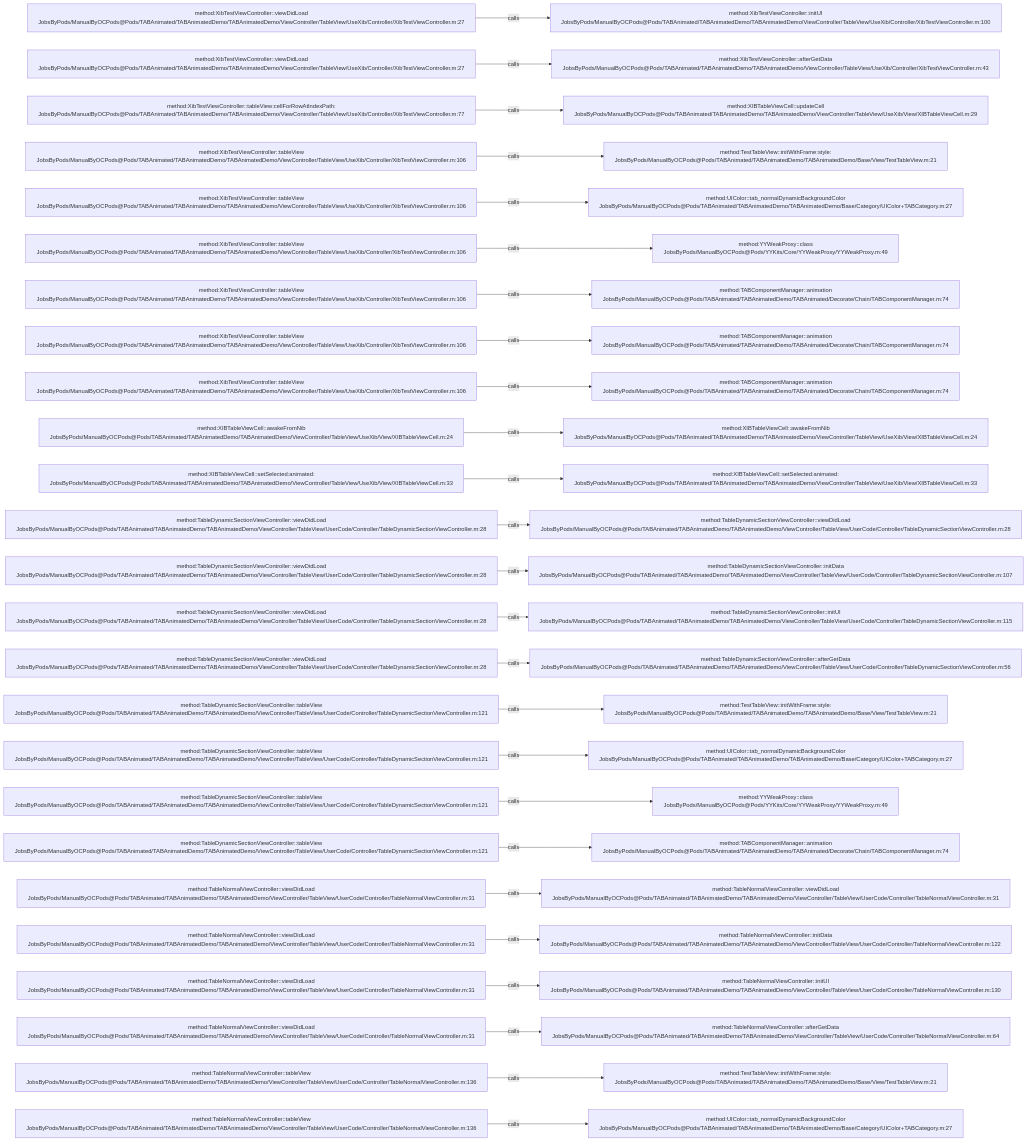
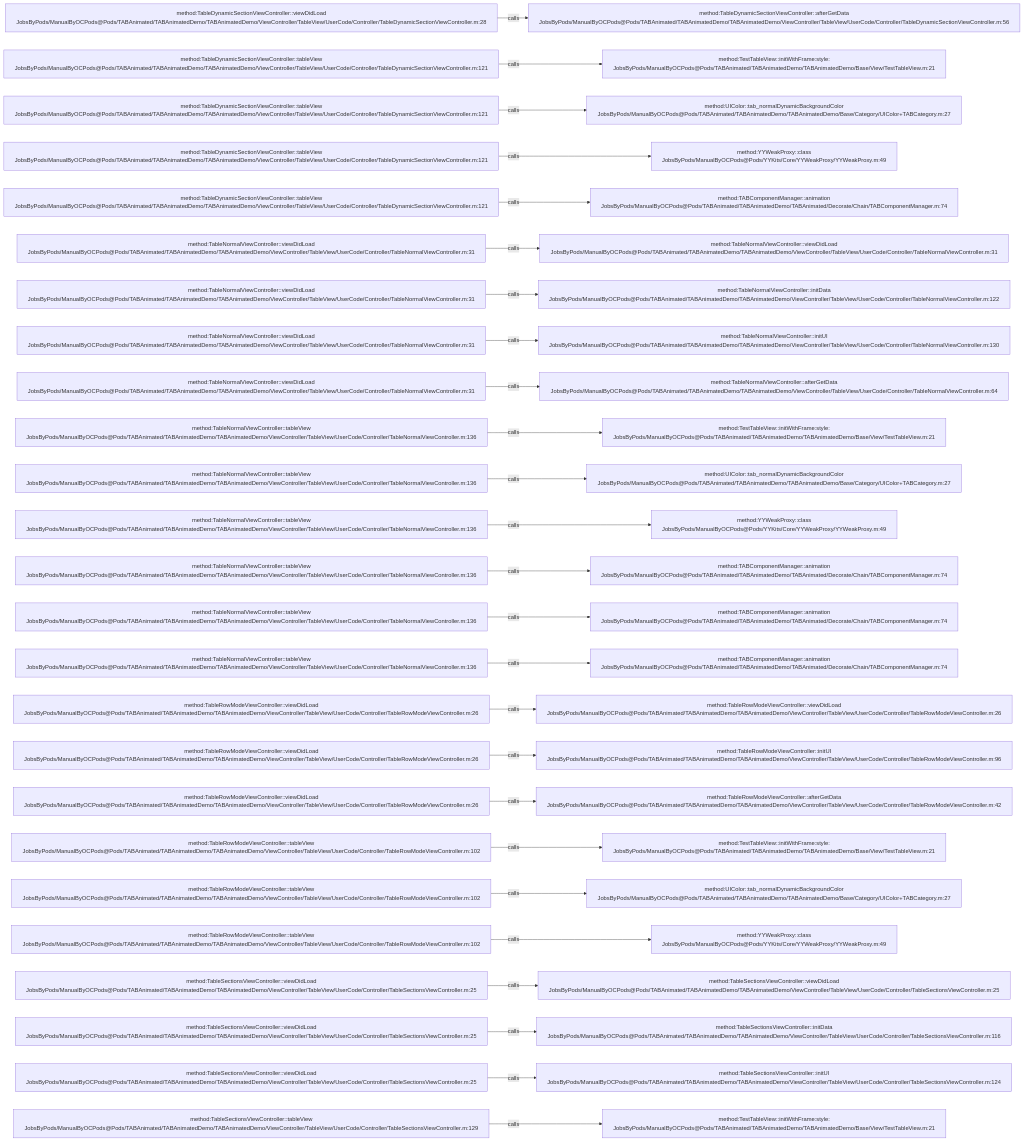
The diagram in .codegraph/codegraph.md/graphs/calls-066.md (JobsKits/JobsOCBaseConfigDemo), drawn with Mermaid before and after one commit. The commit also changed 296 other files, not shown here.

````diff
--- a/.codegraph/codegraph.md/graphs/calls-066.md
+++ b/.codegraph/codegraph.md/graphs/calls-066.md
@@ -13,78 +13,78 @@
 ```mermaid
 flowchart LR
-  S1["method:XibTestViewController::viewDidLoad<br/>JobsByPods/ManualByOCPods@Pods/TABAnimated/TABAnimatedDemo/TABAnimatedDemo/ViewController/TableView/UseXib/Controller/XibTestViewController.m:27"]
-  T1["method:XibTestViewController::initUI<br/>JobsByPods/ManualByOCPods@Pods/TABAnimated/TABAnimatedDemo/TABAnimatedDemo/ViewController/TableView/UseXib/Controller/XibTestViewController.m:100"]
+  S1["method:TableDynamicSectionViewController::viewDidLoad<br/>JobsByPods/ManualByOCPods@Pods/TABAnimated/TABAnimatedDemo/TABAnimatedDemo/ViewController/TableView/UserCode/Controller/TableDynamicSectionViewController.m:28"]
+  T1["method:TableDynamicSectionViewController::afterGetData<br/>JobsByPods/ManualByOCPods@Pods/TABAnimated/TABAnimatedDemo/TABAnimatedDemo/ViewController/TableView/UserCode/Controller/TableDynamicSectionViewController.m:56"]
   S1 -->|calls| T1
-  S2["method:XibTestViewController::viewDidLoad<br/>JobsByPods/ManualByOCPods@Pods/TABAnimated/TABAnimatedDemo/TABAnimatedDemo/ViewController/TableView/UseXib/Controller/XibTestViewController.m:27"]
-  T2["method:XibTestViewController::afterGetData<br/>JobsByPods/ManualByOCPods@Pods/TABAnimated/TABAnimatedDemo/TABAnimatedDemo/ViewController/TableView/UseXib/Controller/XibTestViewController.m:43"]
+  S2["method:TableDynamicSectionViewController::tableView<br/>JobsByPods/ManualByOCPods@Pods/TABAnimated/TABAnimatedDemo/TABAnimatedDemo/ViewController/TableView/UserCode/Controller/TableDynamicSectionViewController.m:121"]
+  T2["method:TestTableView::initWithFrame:style:<br/>JobsByPods/ManualByOCPods@Pods/TABAnimated/TABAnimatedDemo/TABAnimatedDemo/Base/View/TestTableView.m:21"]
   S2 -->|calls| T2
-  S3["method:XibTestViewController::tableView:cellForRowAtIndexPath:<br/>JobsByPods/ManualByOCPods@Pods/TABAnimated/TABAnimatedDemo/TABAnimatedDemo/ViewController/TableView/UseXib/Controller/XibTestViewController.m:77"]
-  T3["method:XIBTableViewCell::updateCell<br/>JobsByPods/ManualByOCPods@Pods/TABAnimated/TABAnimatedDemo/TABAnimatedDemo/ViewController/TableView/UseXib/View/XIBTableViewCell.m:29"]
+  S3["method:TableDynamicSectionViewController::tableView<br/>JobsByPods/ManualByOCPods@Pods/TABAnimated/TABAnimatedDemo/TABAnimatedDemo/ViewController/TableView/UserCode/Controller/TableDynamicSectionViewController.m:121"]
+  T3["method:UIColor::tab_normalDynamicBackgroundColor<br/>JobsByPods/ManualByOCPods@Pods/TABAnimated/TABAnimatedDemo/TABAnimatedDemo/Base/Category/UIColor+TABCategory.m:27"]
   S3 -->|calls| T3
-  S4["method:XibTestViewController::tableView<br/>JobsByPods/ManualByOCPods@Pods/TABAnimated/TABAnimatedDemo/TABAnimatedDemo/ViewController/TableView/UseXib/Controller/XibTestViewController.m:106"]
-  T4["method:TestTableView::initWithFrame:style:<br/>JobsByPods/ManualByOCPods@Pods/TABAnimated/TABAnimatedDemo/TABAnimatedDemo/Base/View/TestTableView.m:21"]
+  S4["method:TableDynamicSectionViewController::tableView<br/>JobsByPods/ManualByOCPods@Pods/TABAnimated/TABAnimatedDemo/TABAnimatedDemo/ViewController/TableView/UserCode/Controller/TableDynamicSectionViewController.m:121"]
+  T4["method:YYWeakProxy::class<br/>JobsByPods/ManualByOCPods@Pods/YYKits/Core/YYWeakProxy/YYWeakProxy.m:49"]
   S4 -->|calls| T4
-  S5["method:XibTestViewController::tableView<br/>JobsByPods/ManualByOCPods@Pods/TABAnimated/TABAnimatedDemo/TABAnimatedDemo/ViewController/TableView/UseXib/Controller/XibTestViewController.m:106"]
-  T5["method:UIColor::tab_normalDynamicBackgroundColor<br/>JobsByPods/ManualByOCPods@Pods/TABAnimated/TABAnimatedDemo/TABAnimatedDemo/Base/Category/UIColor+TABCategory.m:27"]
+  S5["method:TableDynamicSectionViewController::tableView<br/>JobsByPods/ManualByOCPods@Pods/TABAnimated/TABAnimatedDemo/TABAnimatedDemo/ViewController/TableView/UserCode/Controller/TableDynamicSectionViewController.m:121"]
+  T5["method:TABComponentManager::animation<br/>JobsByPods/ManualByOCPods@Pods/TABAnimated/TABAnimatedDemo/TABAnimated/Decorate/Chain/TABComponentManager.m:74"]
   S5 -->|calls| T5
-  S6["method:XibTestViewController::tableView<br/>JobsByPods/ManualByOCPods@Pods/TABAnimated/TABAnimatedDemo/TABAnimatedDemo/ViewController/TableView/UseXib/Controller/XibTestViewController.m:106"]
-  T6["method:YYWeakProxy::class<br/>JobsByPods/ManualByOCPods@Pods/YYKits/Core/YYWeakProxy/YYWeakProxy.m:49"]
+  S6["method:TableNormalViewController::viewDidLoad<br/>JobsByPods/ManualByOCPods@Pods/TABAnimated/TABAnimatedDemo/TABAnimatedDemo/ViewController/TableView/UserCode/Controller/TableNormalViewController.m:31"]
+  T6["method:TableNormalViewController::viewDidLoad<br/>JobsByPods/ManualByOCPods@Pods/TABAnimated/TABAnimatedDemo/TABAnimatedDemo/ViewController/TableView/UserCode/Controller/TableNormalViewController.m:31"]
   S6 -->|calls| T6
-  S7["method:XibTestViewController::tableView<br/>JobsByPods/ManualByOCPods@Pods/TABAnimated/TABAnimatedDemo/TABAnimatedDemo/ViewController/TableView/UseXib/Controller/XibTestViewController.m:106"]
-  T7["method:TABComponentManager::animation<br/>JobsByPods/ManualByOCPods@Pods/TABAnimated/TABAnimatedDemo/TABAnimated/Decorate/Chain/TABComponentManager.m:74"]
+  S7["method:TableNormalViewController::viewDidLoad<br/>JobsByPods/ManualByOCPods@Pods/TABAnimated/TABAnimatedDemo/TABAnimatedDemo/ViewController/TableView/UserCode/Controller/TableNormalViewController.m:31"]
+  T7["method:TableNormalViewController::initData<br/>JobsByPods/ManualByOCPods@Pods/TABAnimated/TABAnimatedDemo/TABAnimatedDemo/ViewController/TableView/UserCode/Controller/TableNormalViewController.m:122"]
   S7 -->|calls| T7
-  S8["method:XibTestViewController::tableView<br/>JobsByPods/ManualByOCPods@Pods/TABAnimated/TABAnimatedDemo/TABAnimatedDemo/ViewController/TableView/UseXib/Controller/XibTestViewController.m:106"]
-  T8["method:TABComponentManager::animation<br/>JobsByPods/ManualByOCPods@Pods/TABAnimated/TABAnimatedDemo/TABAnimated/Decorate/Chain/TABComponentManager.m:74"]
+  S8["method:TableNormalViewController::viewDidLoad<br/>JobsByPods/ManualByOCPods@Pods/TABAnimated/TABAnimatedDemo/TABAnimatedDemo/ViewController/TableView/UserCode/Controller/TableNormalViewController.m:31"]
+  T8["method:TableNormalViewController::initUI<br/>JobsByPods/ManualByOCPods@Pods/TABAnimated/TABAnimatedDemo/TABAnimatedDemo/ViewController/TableView/UserCode/Controller/TableNormalViewController.m:130"]
   S8 -->|calls| T8
-  S9["method:XibTestViewController::tableView<br/>JobsByPods/ManualByOCPods@Pods/TABAnimated/TABAnimatedDemo/TABAnimatedDemo/ViewController/TableView/UseXib/Controller/XibTestViewController.m:106"]
-  T9["method:TABComponentManager::animation<br/>JobsByPods/ManualByOCPods@Pods/TABAnimated/TABAnimatedDemo/TABAnimated/Decorate/Chain/TABComponentManager.m:74"]
+  S9["method:TableNormalViewController::viewDidLoad<br/>JobsByPods/ManualByOCPods@Pods/TABAnimated/TABAnimatedDemo/TABAnimatedDemo/ViewController/TableView/UserCode/Controller/TableNormalViewController.m:31"]
+  T9["method:TableNormalViewController::afterGetData<br/>JobsByPods/ManualByOCPods@Pods/TABAnimated/TABAnimatedDemo/TABAnimatedDemo/ViewController/TableView/UserCode/Controller/TableNormalViewController.m:64"]
   S9 -->|calls| T9
-  S10["method:XIBTableViewCell::awakeFromNib<br/>JobsByPods/ManualByOCPods@Pods/TABAnimated/TABAnimatedDemo/TABAnimatedDemo/ViewController/TableView/UseXib/View/XIBTableViewCell.m:24"]
-  T10["method:XIBTableViewCell::awakeFromNib<br/>JobsByPods/ManualByOCPods@Pods/TABAnimated/TABAnimatedDemo/TABAnimatedDemo/ViewController/TableView/UseXib/View/XIBTableViewCell.m:24"]
+  S10["method:TableNormalViewController::tableView<br/>JobsByPods/ManualByOCPods@Pods/TABAnimated/TABAnimatedDemo/TABAnimatedDemo/ViewController/TableView/UserCode/Controller/TableNormalViewController.m:136"]
+  T10["method:TestTableView::initWithFrame:style:<br/>JobsByPods/ManualByOCPods@Pods/TABAnimated/TABAnimatedDemo/TABAnimatedDemo/Base/View/TestTableView.m:21"]
   S10 -->|calls| T10
-  S11["method:XIBTableViewCell::setSelected:animated:<br/>JobsByPods/ManualByOCPods@Pods/TABAnimated/TABAnimatedDemo/TABAnimatedDemo/ViewController/TableView/UseXib/View/XIBTableViewCell.m:33"]
-  T11["method:XIBTableViewCell::setSelected:animated:<br/>JobsByPods/ManualByOCPods@Pods/TABAnimated/TABAnimatedDemo/TABAnimatedDemo/ViewController/TableView/UseXib/View/XIBTableViewCell.m:33"]
+  S11["method:TableNormalViewController::tableView<br/>JobsByPods/ManualByOCPods@Pods/TABAnimated/TABAnimatedDemo/TABAnimatedDemo/ViewController/TableView/UserCode/Controller/TableNormalViewController.m:136"]
+  T11["method:UIColor::tab_normalDynamicBackgroundColor<br/>JobsByPods/ManualByOCPods@Pods/TABAnimated/TABAnimatedDemo/TABAnimatedDemo/Base/Category/UIColor+TABCategory.m:27"]
   S11 -->|calls| T11
-  S12["method:TableDynamicSectionViewController::viewDidLoad<br/>JobsByPods/ManualByOCPods@Pods/TABAnimated/TABAnimatedDemo/TABAnimatedDemo/ViewController/TableView/UserCode/Controller/TableDynamicSectionViewController.m:28"]
-  T12["method:TableDynamicSectionViewController::viewDidLoad<br/>JobsByPods/ManualByOCPods@Pods/TABAnimated/TABAnimatedDemo/TABAnimatedDemo/ViewController/TableView/UserCode/Controller/TableDynamicSectionViewController.m:28"]
+  S12["method:TableNormalViewController::tableView<br/>JobsByPods/ManualByOCPods@Pods/TABAnimated/TABAnimatedDemo/TABAnimatedDemo/ViewController/TableView/UserCode/Controller/TableNormalViewController.m:136"]
+  T12["method:YYWeakProxy::class<br/>JobsByPods/ManualByOCPods@Pods/YYKits/Core/YYWeakProxy/YYWeakProxy.m:49"]
   S12 -->|calls| T12
-  S13["method:TableDynamicSectionViewController::viewDidLoad<br/>JobsByPods/ManualByOCPods@Pods/TABAnimated/TABAnimatedDemo/TABAnimatedDemo/ViewController/TableView/UserCode/Controller/TableDynamicSectionViewController.m:28"]
-  T13["method:TableDynamicSectionViewController::initData<br/>JobsByPods/ManualByOCPods@Pods/TABAnimated/TABAnimatedDemo/TABAnimatedDemo/ViewController/TableView/UserCode/Controller/TableDynamicSectionViewController.m:107"]
+  S13["method:TableNormalViewController::tableView<br/>JobsByPods/ManualByOCPods@Pods/TABAnimated/TABAnimatedDemo/TABAnimatedDemo/ViewController/TableView/UserCode/Controller/TableNormalViewController.m:136"]
+  T13["method:TABComponentManager::animation<br/>JobsByPods/ManualByOCPods@Pods/TABAnimated/TABAnimatedDemo/TABAnimated/Decorate/Chain/TABComponentManager.m:74"]
   S13 -->|calls| T13
-  S14["method:TableDynamicSectionViewController::viewDidLoad<br/>JobsByPods/ManualByOCPods@Pods/TABAnimated/TABAnimatedDemo/TABAnimatedDemo/ViewController/TableView/UserCode/Controller/TableDynamicSectionViewController.m:28"]
-  T14["method:TableDynamicSectionViewController::initUI<br/>JobsByPods/ManualByOCPods@Pods/TABAnimated/TABAnimatedDemo/TABAnimatedDemo/ViewController/TableView/UserCode/Controller/TableDynamicSectionViewController.m:115"]
+  S14["method:TableNormalViewController::tableView<br/>JobsByPods/ManualByOCPods@Pods/TABAnimated/TABAnimatedDemo/TABAnimatedDemo/ViewController/TableView/UserCode/Controller/TableNormalViewController.m:136"]
+  T14["method:TABComponentManager::animation<br/>JobsByPods/ManualByOCPods@Pods/TABAnimated/TABAnimatedDemo/TABAnimated/Decorate/Chain/TABComponentManager.m:74"]
   S14 -->|calls| T14
-  S15["method:TableDynamicSectionViewController::viewDidLoad<br/>JobsByPods/ManualByOCPods@Pods/TABAnimated/TABAnimatedDemo/TABAnimatedDemo/ViewController/TableView/UserCode/Controller/TableDynamicSectionViewController.m:28"]
-  T15["method:TableDynamicSectionViewController::afterGetData<br/>JobsByPods/ManualByOCPods@Pods/TABAnimated/TABAnimatedDemo/TABAnimatedDemo/ViewController/TableView/UserCode/Controller/TableDynamicSectionViewController.m:56"]
+  S15["method:TableNormalViewController::tableView<br/>JobsByPods/ManualByOCPods@Pods/TABAnimated/TABAnimatedDemo/TABAnimatedDemo/ViewController/TableView/UserCode/Controller/TableNormalViewController.m:136"]
+  T15["method:TABComponentManager::animation<br/>JobsByPods/ManualByOCPods@Pods/TABAnimated/TABAnimatedDemo/TABAnimated/Decorate/Chain/TABComponentManager.m:74"]
   S15 -->|calls| T15
-  S16["method:TableDynamicSectionViewController::tableView<br/>JobsByPods/ManualByOCPods@Pods/TABAnimated/TABAnimatedDemo/TABAnimatedDemo/ViewController/TableView/UserCode/Controller/TableDynamicSectionViewController.m:121"]
-  T16["method:TestTableView::initWithFrame:style:<br/>JobsByPods/ManualByOCPods@Pods/TABAnimated/TABAnimatedDemo/TABAnimatedDemo/Base/View/TestTableView.m:21"]
+  S16["method:TableRowModeViewController::viewDidLoad<br/>JobsByPods/ManualByOCPods@Pods/TABAnimated/TABAnimatedDemo/TABAnimatedDemo/ViewController/TableView/UserCode/Controller/TableRowModeViewController.m:26"]
+  T16["method:TableRowModeViewController::viewDidLoad<br/>JobsByPods/ManualByOCPods@Pods/TABAnimated/TABAnimatedDemo/TABAnimatedDemo/ViewController/TableView/UserCode/Controller/TableRowModeViewController.m:26"]
   S16 -->|calls| T16
-  S17["method:TableDynamicSectionViewController::tableView<br/>JobsByPods/ManualByOCPods@Pods/TABAnimated/TABAnimatedDemo/TABAnimatedDemo/ViewController/TableView/UserCode/Controller/TableDynamicSectionViewController.m:121"]
-  T17["method:UIColor::tab_normalDynamicBackgroundColor<br/>JobsByPods/ManualByOCPods@Pods/TABAnimated/TABAnimatedDemo/TABAnimatedDemo/Base/Category/UIColor+TABCategory.m:27"]
+  S17["method:TableRowModeViewController::viewDidLoad<br/>JobsByPods/ManualByOCPods@Pods/TABAnimated/TABAnimatedDemo/TABAnimatedDemo/ViewController/TableView/UserCode/Controller/TableRowModeViewController.m:26"]
+  T17["method:TableRowModeViewController::initUI<br/>JobsByPods/ManualByOCPods@Pods/TABAnimated/TABAnimatedDemo/TABAnimatedDemo/ViewController/TableView/UserCode/Controller/TableRowModeViewController.m:96"]
   S17 -->|calls| T17
-  S18["method:TableDynamicSectionViewController::tableView<br/>JobsByPods/ManualByOCPods@Pods/TABAnimated/TABAnimatedDemo/TABAnimatedDemo/ViewController/TableView/UserCode/Controller/TableDynamicSectionViewController.m:121"]
-  T18["method:YYWeakProxy::class<br/>JobsByPods/ManualByOCPods@Pods/YYKits/Core/YYWeakProxy/YYWeakProxy.m:49"]
+  S18["method:TableRowModeViewController::viewDidLoad<br/>JobsByPods/ManualByOCPods@Pods/TABAnimated/TABAnimatedDemo/TABAnimatedDemo/ViewController/TableView/UserCode/Controller/TableRowModeViewController.m:26"]
+  T18["method:TableRowModeViewController::afterGetData<br/>JobsByPods/ManualByOCPods@Pods/TABAnimated/TABAnimatedDemo/TABAnimatedDemo/ViewController/TableView/UserCode/Controller/TableRowModeViewController.m:42"]
   S18 -->|calls| T18
-  S19["method:TableDynamicSectionViewController::tableView<br/>JobsByPods/ManualByOCPods@Pods/TABAnimated/TABAnimatedDemo/TABAnimatedDemo/ViewController/TableView/UserCode/Controller/TableDynamicSectionViewController.m:121"]
-  T19["method:TABComponentManager::animation<br/>JobsByPods/ManualByOCPods@Pods/TABAnimated/TABAnimatedDemo/TABAnimated/Decorate/Chain/TABComponentManager.m:74"]
+  S19["method:TableRowModeViewController::tableView<br/>JobsByPods/ManualByOCPods@Pods/TABAnimated/TABAnimatedDemo/TABAnimatedDemo/ViewController/TableView/UserCode/Controller/TableRowModeViewController.m:102"]
+  T19["method:TestTableView::initWithFrame:style:<br/>JobsByPods/ManualByOCPods@Pods/TABAnimated/TABAnimatedDemo/TABAnimatedDemo/Base/View/TestTableView.m:21"]
   S19 -->|calls| T19
-  S20["method:TableNormalViewController::viewDidLoad<br/>JobsByPods/ManualByOCPods@Pods/TABAnimated/TABAnimatedDemo/TABAnimatedDemo/ViewController/TableView/UserCode/Controller/TableNormalViewController.m:31"]
-  T20["method:TableNormalViewController::viewDidLoad<br/>JobsByPods/ManualByOCPods@Pods/TABAnimated/TABAnimatedDemo/TABAnimatedDemo/ViewController/TableView/UserCode/Controller/TableNormalViewController.m:31"]
+  S20["method:TableRowModeViewController::tableView<br/>JobsByPods/ManualByOCPods@Pods/TABAnimated/TABAnimatedDemo/TABAnimatedDemo/ViewController/TableView/UserCode/Controller/TableRowModeViewController.m:102"]
+  T20["method:UIColor::tab_normalDynamicBackgroundColor<br/>JobsByPods/ManualByOCPods@Pods/TABAnimated/TABAnimatedDemo/TABAnimatedDemo/Base/Category/UIColor+TABCategory.m:27"]
   S20 -->|calls| T20
-  S21["method:TableNormalViewController::viewDidLoad<br/>JobsByPods/ManualByOCPods@Pods/TABAnimated/TABAnimatedDemo/TABAnimatedDemo/ViewController/TableView/UserCode/Controller/TableNormalViewController.m:31"]
-  T21["method:TableNormalViewController::initData<br/>JobsByPods/ManualByOCPods@Pods/TABAnimated/TABAnimatedDemo/TABAnimatedDemo/ViewController/TableView/UserCode/Controller/TableNormalViewController.m:122"]
+  S21["method:TableRowModeViewController::tableView<br/>JobsByPods/ManualByOCPods@Pods/TABAnimated/TABAnimatedDemo/TABAnimatedDemo/ViewController/TableView/UserCode/Controller/TableRowModeViewController.m:102"]
+  T21["method:YYWeakProxy::class<br/>JobsByPods/ManualByOCPods@Pods/YYKits/Core/YYWeakProxy/YYWeakProxy.m:49"]
   S21 -->|calls| T21
-  S22["method:TableNormalViewController::viewDidLoad<br/>JobsByPods/ManualByOCPods@Pods/TABAnimated/TABAnimatedDemo/TABAnimatedDemo/ViewController/TableView/UserCode/Controller/TableNormalViewController.m:31"]
-  T22["method:TableNormalViewController::initUI<br/>JobsByPods/ManualByOCPods@Pods/TABAnimated/TABAnimatedDemo/TABAnimatedDemo/ViewController/TableView/UserCode/Controller/TableNormalViewController.m:130"]
+  S22["method:TableSectionsViewController::viewDidLoad<br/>JobsByPods/ManualByOCPods@Pods/TABAnimated/TABAnimatedDemo/TABAnimatedDemo/ViewController/TableView/UserCode/Controller/TableSectionsViewController.m:25"]
+  T22["method:TableSectionsViewController::viewDidLoad<br/>JobsByPods/ManualByOCPods@Pods/TABAnimated/TABAnimatedDemo/TABAnimatedDemo/ViewController/TableView/UserCode/Controller/TableSectionsViewController.m:25"]
   S22 -->|calls| T22
-  S23["method:TableNormalViewController::viewDidLoad<br/>JobsByPods/ManualByOCPods@Pods/TABAnimated/TABAnimatedDemo/TABAnimatedDemo/ViewController/TableView/UserCode/Controller/TableNormalViewController.m:31"]
-  T23["method:TableNormalViewController::afterGetData<br/>JobsByPods/ManualByOCPods@Pods/TABAnimated/TABAnimatedDemo/TABAnimatedDemo/ViewController/TableView/UserCode/Controller/TableNormalViewController.m:64"]
+  S23["method:TableSectionsViewController::viewDidLoad<br/>JobsByPods/ManualByOCPods@Pods/TABAnimated/TABAnimatedDemo/TABAnimatedDemo/ViewController/TableView/UserCode/Controller/TableSectionsViewController.m:25"]
+  T23["method:TableSectionsViewController::initData<br/>JobsByPods/ManualByOCPods@Pods/TABAnimated/TABAnimatedDemo/TABAnimatedDemo/ViewController/TableView/UserCode/Controller/TableSectionsViewController.m:116"]
   S23 -->|calls| T23
-  S24["method:TableNormalViewController::tableView<br/>JobsByPods/ManualByOCPods@Pods/TABAnimated/TABAnimatedDemo/TABAnimatedDemo/ViewController/TableView/UserCode/Controller/TableNormalViewController.m:136"]
-  T24["method:TestTableView::initWithFrame:style:<br/>JobsByPods/ManualByOCPods@Pods/TABAnimated/TABAnimatedDemo/TABAnimatedDemo/Base/View/TestTableView.m:21"]
+  S24["method:TableSectionsViewController::viewDidLoad<br/>JobsByPods/ManualByOCPods@Pods/TABAnimated/TABAnimatedDemo/TABAnimatedDemo/ViewController/TableView/UserCode/Controller/TableSectionsViewController.m:25"]
+  T24["method:TableSectionsViewController::initUI<br/>JobsByPods/ManualByOCPods@Pods/TABAnimated/TABAnimatedDemo/TABAnimatedDemo/ViewController/TableView/UserCode/Controller/TableSectionsViewController.m:124"]
   S24 -->|calls| T24
-  S25["method:TableNormalViewController::tableView<br/>JobsByPods/ManualByOCPods@Pods/TABAnimated/TABAnimatedDemo/TABAnimatedDemo/ViewController/TableView/UserCode/Controller/TableNormalViewController.m:136"]
-  T25["method:UIColor::tab_normalDynamicBackgroundColor<br/>JobsByPods/ManualByOCPods@Pods/TABAnimated/TABAnimatedDemo/TABAnimatedDemo/Base/Category/UIColor+TABCategory.m:27"]
+  S25["method:TableSectionsViewController::tableView<br/>JobsByPods/ManualByOCPods@Pods/TABAnimated/TABAnimatedDemo/TABAnimatedDemo/ViewController/TableView/UserCode/Controller/TableSectionsViewController.m:129"]
+  T25["method:TestTableView::initWithFrame:style:<br/>JobsByPods/ManualByOCPods@Pods/TABAnimated/TABAnimatedDemo/TABAnimatedDemo/Base/View/TestTableView.m:21"]
   S25 -->|calls| T25
 ```
````
